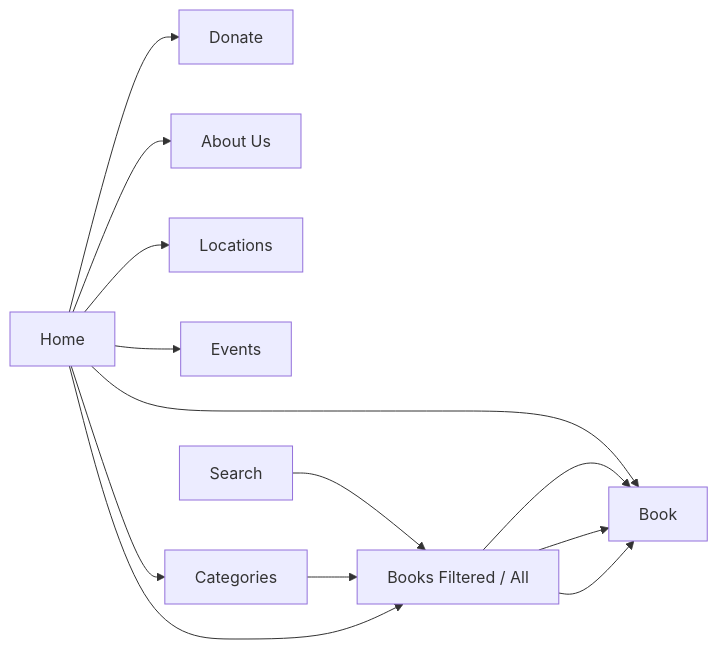
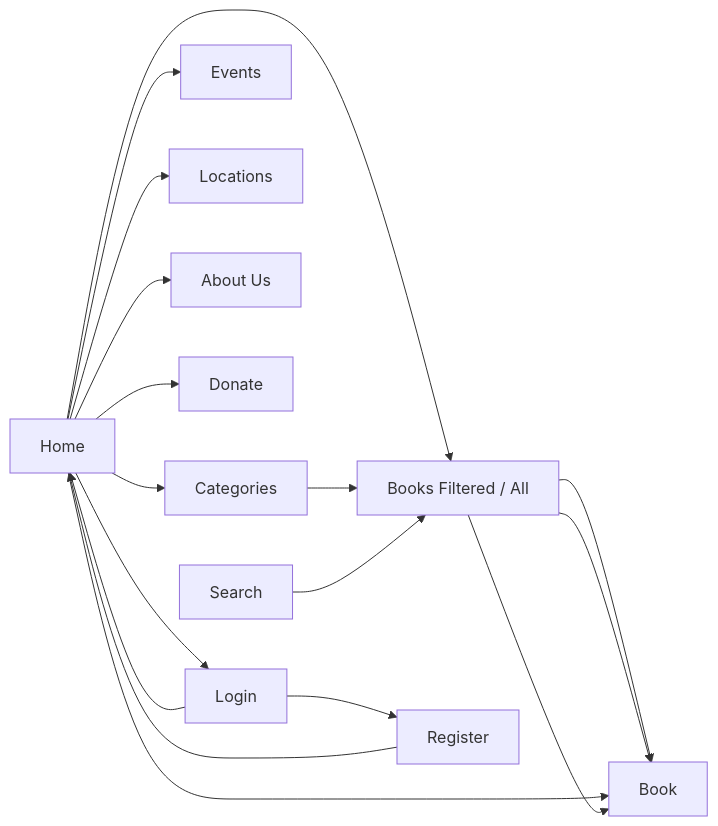
The diagram in diagrams/sitemap.mmd (garrysjh/shelfscape), drawn with Mermaid before and after one commit. The commit also changed 2 other files, not shown here.

Commit message:
add login and register users into sitemap

```diff
--- a/diagrams/sitemap.mmd
+++ b/diagrams/sitemap.mmd
@@ -1,9 +1,13 @@
 graph LR
     A[Home] --> B[Books] --> C[Book]
     A[Home] --> D[Categories] --> B[Books Filtered / All] --> C[Book]
     A[Home] --> C[Book]
     A[Home] --> E[Events]
     A[Home] --> F[Locations]
     A[Home] --> G[About Us]
     A[Home] --> H[Donate]
     I[Search] --> B[Books Filtered / All] --> C[Book]
+    A[Home] --> J[Login]
+    J[Login] --> K[Register]
+    J[Login] --> A[Home]
+    K[Register] --> A[Home]
```
